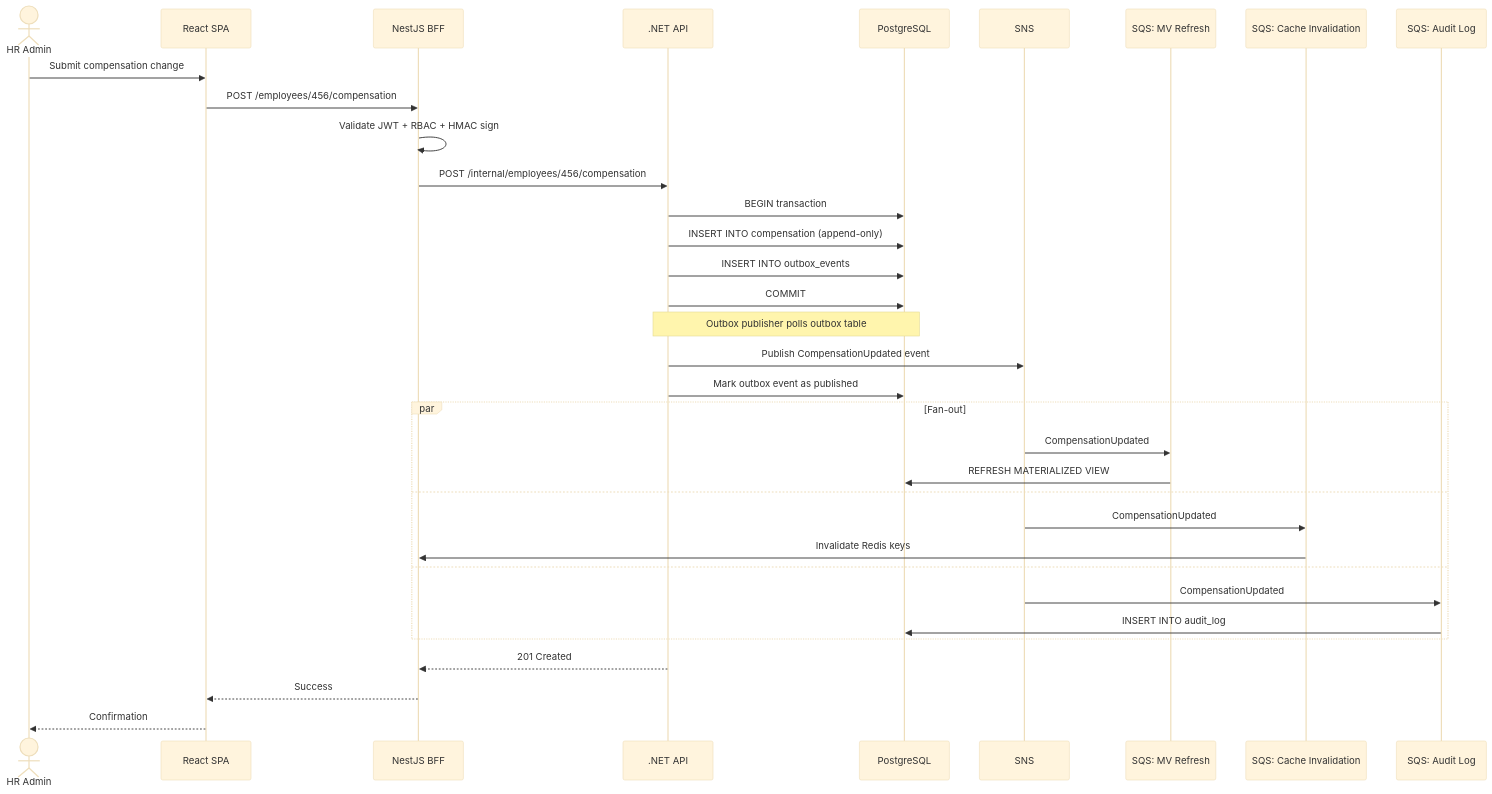
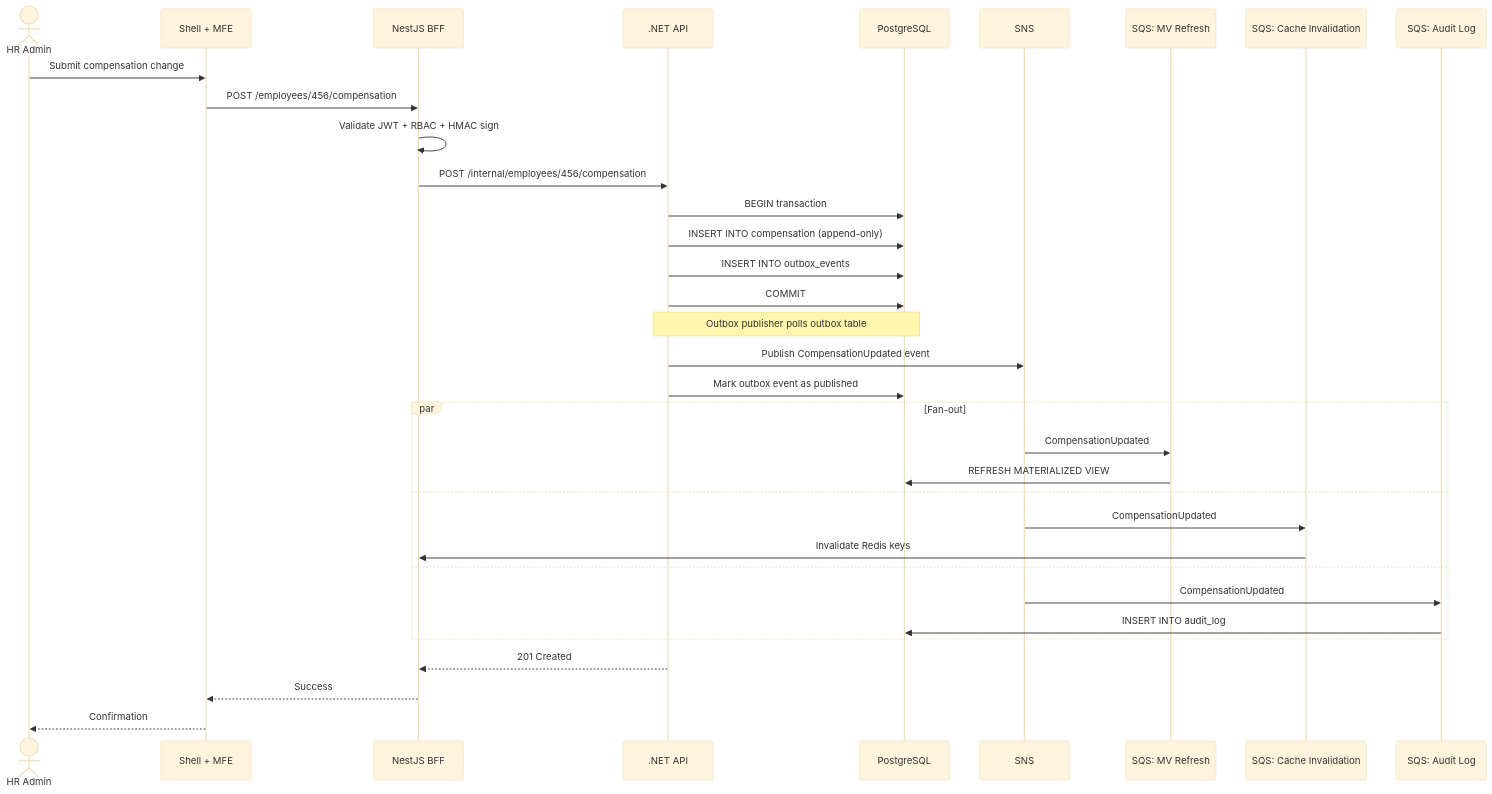
One commit to sukhesh035/employee_budget_allocation changed the sixth of 14 diagrams in docs/diagrams/ARCHITECTURE.md. Above: the diagram before and after it, drawn with Mermaid (base theme). The commit also changed other lines of this file and 7 other files, not shown here.

First line of the commit message:
Restructure to micro frontend architecture with Module Federation

````diff
--- a/docs/diagrams/ARCHITECTURE.md
+++ b/docs/diagrams/ARCHITECTURE.md
@@ -195,42 +200,42 @@
 ```mermaid
 sequenceDiagram
     actor HR as HR Admin
-    participant SPA as React SPA
+    participant SPA as Shell + MFE
     participant BFF as NestJS BFF
     participant API as .NET API
     participant DB as PostgreSQL
     participant SNS
     participant SQS_MV as SQS: MV Refresh
     participant SQS_CACHE as SQS: Cache Invalidation
     participant SQS_AUDIT as SQS: Audit Log
 
     HR->>SPA: Submit compensation change
     SPA->>BFF: POST /employees/456/compensation
     BFF->>BFF: Validate JWT + RBAC + HMAC sign
     BFF->>API: POST /internal/employees/456/compensation
 
     API->>DB: BEGIN transaction
     API->>DB: INSERT INTO compensation (append-only)
     API->>DB: INSERT INTO outbox_events
     API->>DB: COMMIT
 
     Note over API,DB: Outbox publisher polls outbox table
 
     API->>SNS: Publish CompensationUpdated event
     API->>DB: Mark outbox event as published
 
     par Fan-out
         SNS->>SQS_MV: CompensationUpdated
         SQS_MV->>DB: REFRESH MATERIALIZED VIEW
     and
         SNS->>SQS_CACHE: CompensationUpdated
         SQS_CACHE->>BFF: Invalidate Redis keys
     and
         SNS->>SQS_AUDIT: CompensationUpdated
         SQS_AUDIT->>DB: INSERT INTO audit_log
     end
 
     API-->>BFF: 201 Created
     BFF-->>SPA: Success
     SPA-->>HR: Confirmation
 ```
````
